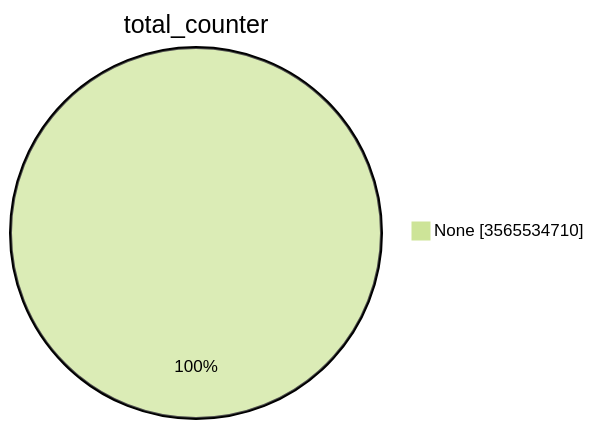
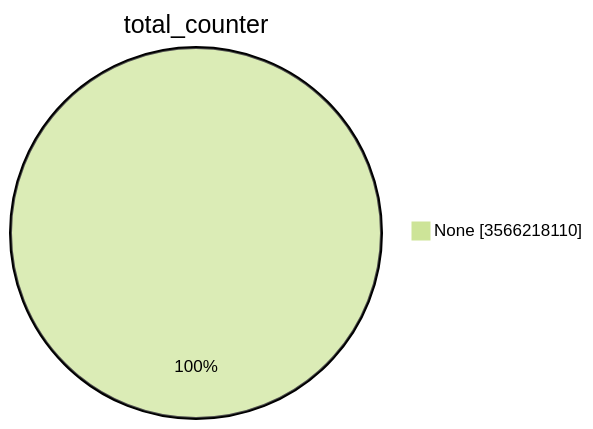
Before and after one commit to christiankrug/ctmonitor_visualization: the first of 15 diagrams in TOTAL/README.md, drawn with Mermaid (forest theme). The commit also changed other lines of this file, not shown here.

````diff
--- a/TOTAL/README.md
+++ b/TOTAL/README.md
@@ -1,5 +1,5 @@
 ```mermaid
 pie showData
 title total_counter
-"None" :3565534710
+"None" :3566218110
 ```
````
